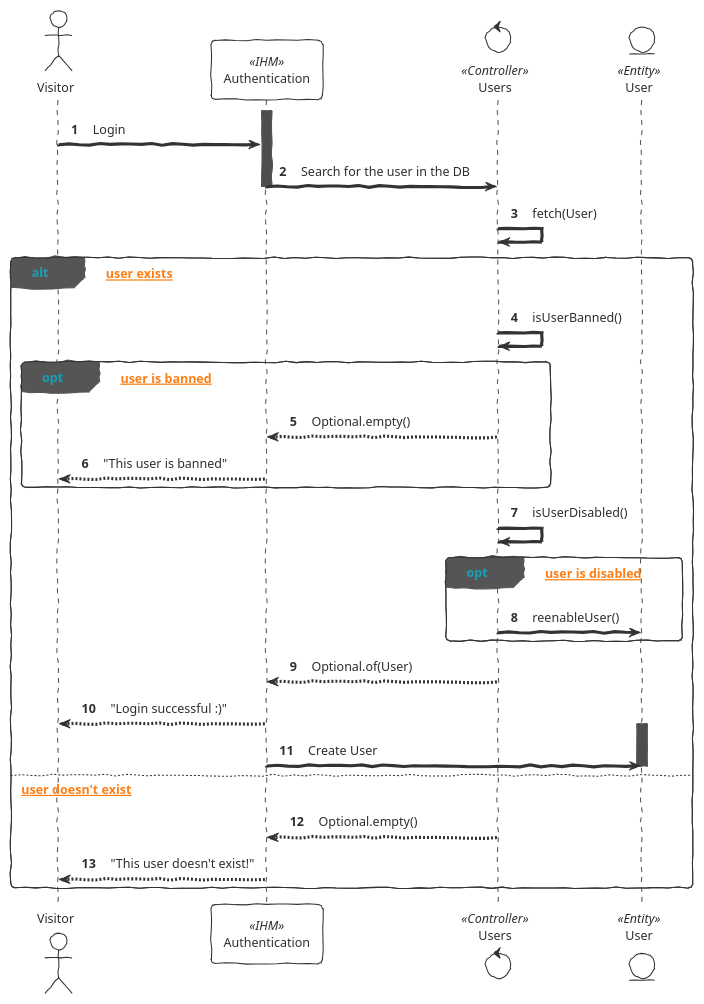
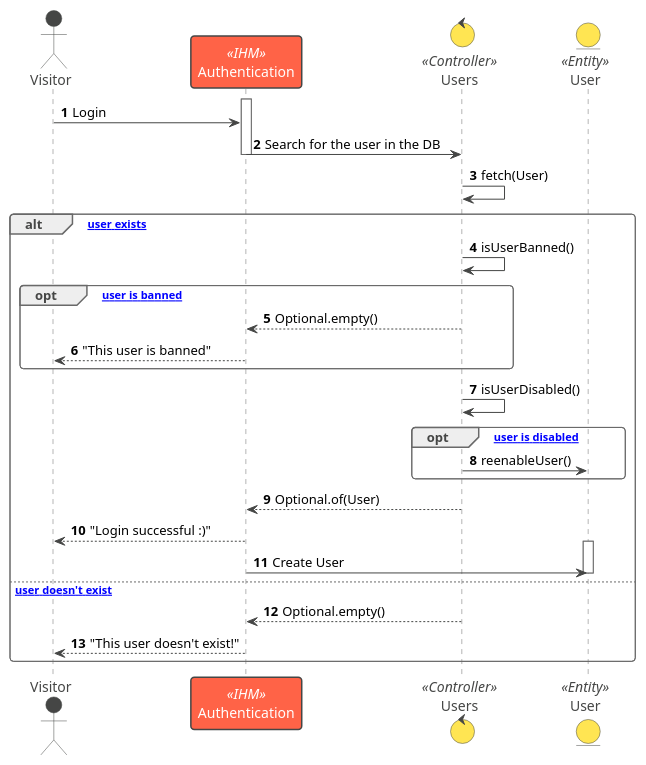
The diagram in uml/user-auth.puml (Druid-ESPRIT/magnum-docs), drawn with PlantUML before and after one commit. The commit also changed 1 other file, not shown here.

Commit message:
include(user module): class diagrams

```diff
--- a/uml/user-auth.puml
+++ b/uml/user-auth.puml
@@ -1,45 +1,45 @@
 @startuml
-!theme sketchy-outline
+!theme vibrant
 
 actor Visitor as V
 participant Authentication as IHM << IHM >>
 control Users as Ctrl << Controller >>
 entity User << Entity >>
 
 autonumber
 
 activate IHM
 V -> IHM: Login
 IHM -> Ctrl: Search for the user in the DB
 deactivate IHM
 Ctrl -> Ctrl: fetch(User)
 
 alt [If user exists]
 
    Ctrl -> Ctrl: isUserBanned()
 
    opt [If user is banned]
       Ctrl --> IHM: Optional.empty()
       IHM --> V: "This user is banned"
    end
 
    Ctrl -> Ctrl: isUserDisabled()
 
    opt [If user is disabled]
       Ctrl -> User: reenableUser()
    end
 
    Ctrl --> IHM: Optional.of(User)
    IHM --> V: "Login successful :)"
    activate User
    IHM -> User: Create User
    deactivate User
    
 else [If user doesn't exist]
 
    Ctrl --> IHM: Optional.empty()
    IHM --> V: "This user doesn't exist!"
 
 end
 
 @enduml
```
